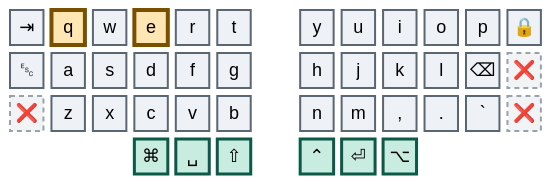
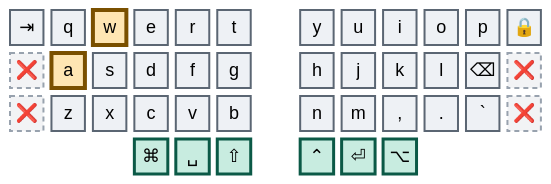
Before and after one commit to abloch/zmk-corne: diagram 11 of 41 in combos.md, drawn with Mermaid. The commit also changed other lines of this file and 5 other files, not shown here.

````diff
--- a/combos.md
+++ b/combos.md
@@ -289,21 +287,21 @@
 ```mermaid
 %%{init: {'theme':'base','themeVariables':{'primaryColor':'#eef1f5','primaryTextColor':'#0b0f14','primaryBorderColor':'#5b6673','nodeTextColor':'#0b0f14','textColor':'#0b0f14','mainBkg':'#eef1f5','fontSize':'18px'}}}%%
 block
 columns 13
 
   tab["⇥"] q w e r t space y u i o p lock["🔒"]
-  esc["␛"] a s d f g space h j k l bspc["⌫"] x1["❌"]
+  x4["❌"] a s d f g space h j k l bspc["⌫"] x1["❌"]
   x2["❌"] z x c v b space n m cma[","] dot["."] grv[" `"] x3["❌"]
   space:3 cmd["⌘"] spc["␣"] sft["⇧"] space ctl["⌃"] ent["⏎"] alt["⌥"] space:3
 
   classDef anchor fill:#bfe6f0,stroke:#0a4f63,stroke-width:4px,color:#04222b
   classDef trig fill:#ffe6b3,stroke:#7a5000,stroke-width:4px,color:#2e1e00
   classDef core fill:#eef1f5,stroke:#5b6673,stroke-width:2px,color:#0b0f14
   classDef thumb fill:#c8ece0,stroke:#0b5946,stroke-width:3px,color:#06241c
   classDef dead fill:#f2f3f5,stroke:#98a2ae,stroke-width:2px,stroke-dasharray:5 4,color:#5b6673
 
-  class q,e trig
-  class tab,w,r,t,y,u,i,o,p,lock,esc,a,s,d,f,g,h,j,k,l,bspc,z,x,c,v,b,n,m,cma,dot,grv core
+  class w,a trig
+  class tab,q,e,r,t,y,u,i,o,p,lock,s,d,f,g,h,j,k,l,bspc,z,x,c,v,b,n,m,cma,dot,grv core
   class cmd,spc,sft,ctl,ent,alt thumb
-  class x1,x2,x3 dead
+  class x1,x2,x3,x4 dead
 ```
````
